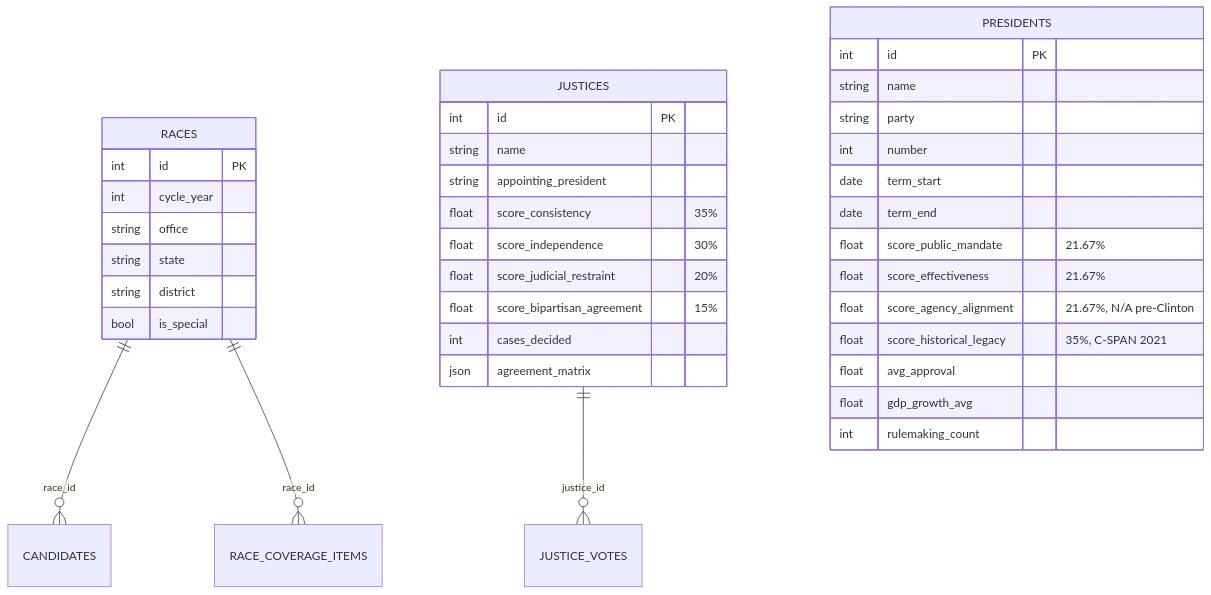
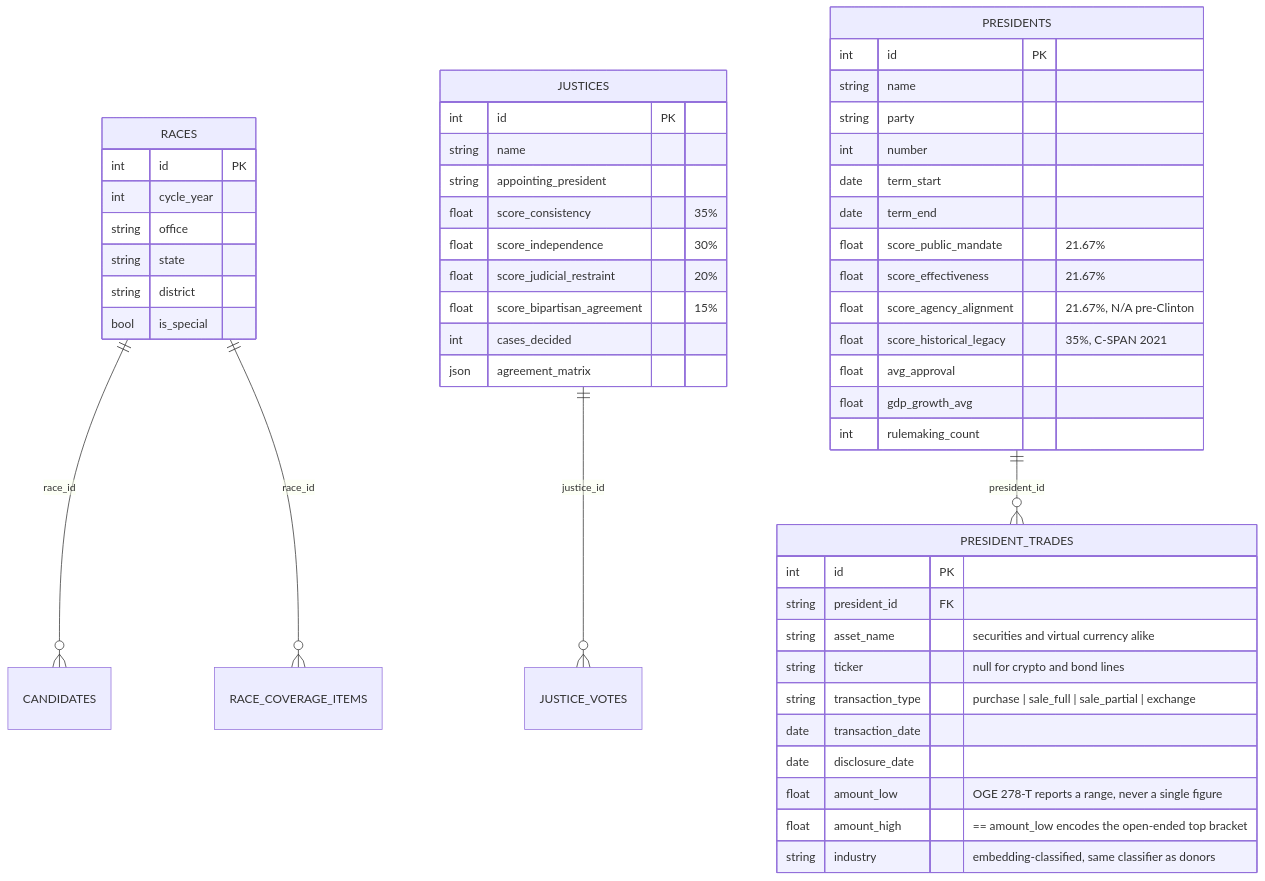
The second of 4 diagrams in docs/diagrams/07-data-model.md (kamoras/civitas), drawn with Mermaid before and after one commit. The commit also changed 26 other files, not shown here.

````diff
--- a/docs/diagrams/07-data-model.md
+++ b/docs/diagrams/07-data-model.md
@@ -79,43 +79,57 @@
 ```mermaid
 erDiagram
     RACES ||--o{ CANDIDATES : "race_id"
     RACES ||--o{ RACE_COVERAGE_ITEMS : "race_id"
     JUSTICES ||--o{ JUSTICE_VOTES : "justice_id"
+    PRESIDENTS ||--o{ PRESIDENT_TRADES : "president_id"
 
     PRESIDENTS {
         int id PK
         string name
         string party
         int number
         date term_start
         date term_end
         float score_public_mandate "21.67%"
         float score_effectiveness "21.67%"
         float score_agency_alignment "21.67%, N/A pre-Clinton"
         float score_historical_legacy "35%, C-SPAN 2021"
         float avg_approval
         float gdp_growth_avg
         int rulemaking_count
+    }
+
+    PRESIDENT_TRADES {
+        int id PK
+        string president_id FK
+        string asset_name "securities and virtual currency alike"
+        string ticker "null for crypto and bond lines"
+        string transaction_type "purchase | sale_full | sale_partial | exchange"
+        date transaction_date
+        date disclosure_date
+        float amount_low "OGE 278-T reports a range, never a single figure"
+        float amount_high "== amount_low encodes the open-ended top bracket"
+        string industry "embedding-classified, same classifier as donors"
     }
 
     JUSTICES {
         int id PK
         string name
         string appointing_president
         float score_consistency "35%"
         float score_independence "30%"
         float score_judicial_restraint "20%"
         float score_bipartisan_agreement "15%"
         int cases_decided
         json agreement_matrix
     }
 
     RACES {
         int id PK
         int cycle_year
         string office
         string state
         string district
         bool is_special
     }
 ```
````
